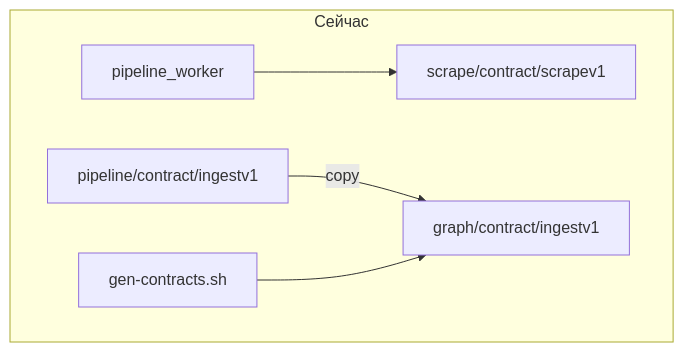
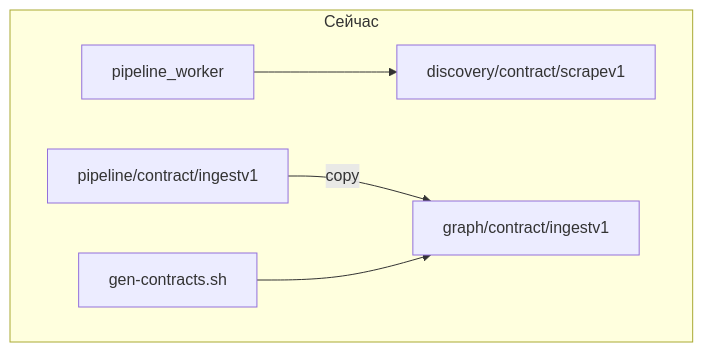
Before and after one commit to butbeautifulv/threat_intelligence: the first of 2 diagrams in .cursor/plans/archive/pkg_dry_refactor_9fe8f105.plan.md, drawn with Mermaid. The commit also changed other lines of this file and 210 other files, not shown here.

Commit message:
refactor(platform): P8h rename scrape/ to discovery/

````diff
--- a/.cursor/plans/archive/pkg_dry_refactor_9fe8f105.plan.md
+++ b/.cursor/plans/archive/pkg_dry_refactor_9fe8f105.plan.md
@@ -183,12 +183,12 @@
 ```mermaid
 flowchart TB
   subgraph today [Сейчас]
-    SC[scrape/contract/scrapev1]
+    SC[discovery/contract/scrapev1]
     PC[pipeline/contract/ingestv1]
     GC[graph/contract/ingestv1]
     GEN[gen-contracts.sh]
     PC -->|copy| GC
     GEN --> GC
     PW[pipeline_worker] --> SC
   end
 ```
````
